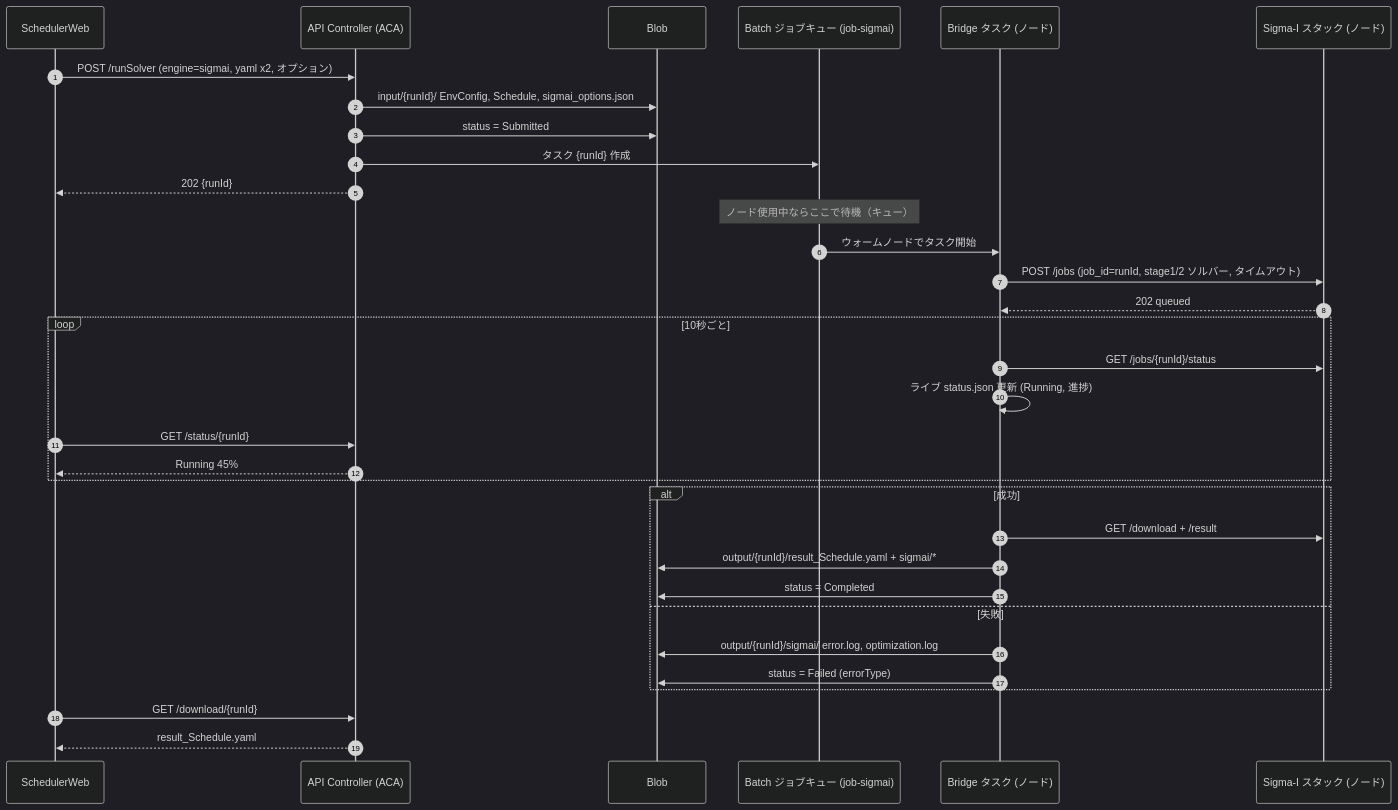
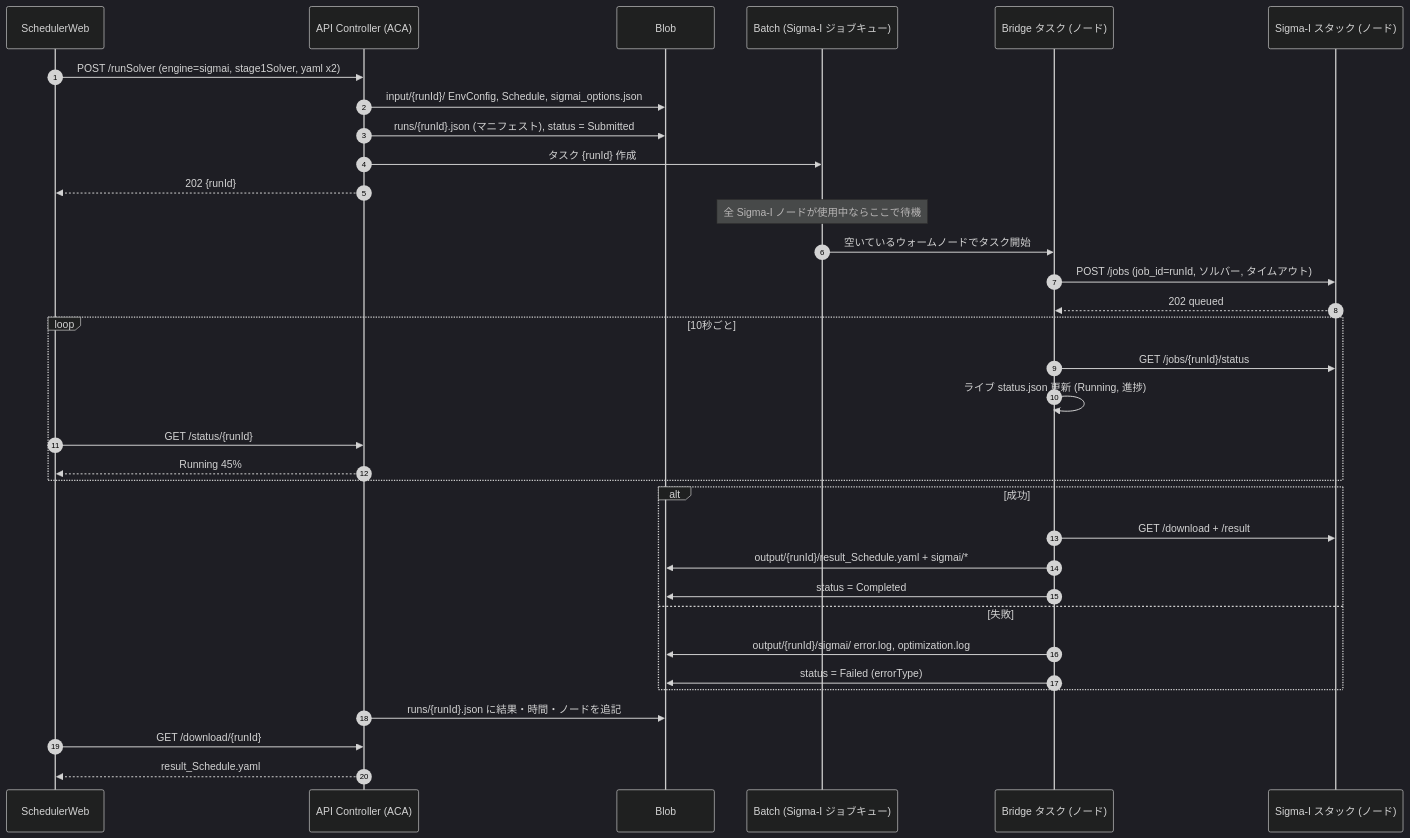
Before and after one commit to WhiTeXCharGe/TF_Testing: the sixth of 12 diagrams in SigmaI/SigmaI_Azure_ImplementationPlan20261013(JP).md, drawn with Mermaid (dark theme). The commit also changed other lines of this file and 2 other files, not shown here.

Commit message:
update implementation plan for sigmaAI

````diff
--- a/SigmaI/SigmaI_Azure_ImplementationPlan20261013(JP).md
+++ b/SigmaI/SigmaI_Azure_ImplementationPlan20261013(JP).md
@@ -101,40 +241,41 @@
 ```mermaid
 sequenceDiagram
     autonumber
     participant W as SchedulerWeb
     participant API as API Controller (ACA)
     participant BLOB as Blob
-    participant BQ as Batch ジョブキュー (job-sigmai)
+    participant BQ as Batch (Sigma-I ジョブキュー)
     participant BR as Bridge タスク (ノード)
     participant SG as Sigma-I スタック (ノード)
 
-    W->>API: POST /runSolver (engine=sigmai, yaml x2, オプション)
+    W->>API: POST /runSolver (engine=sigmai, stage1Solver, yaml x2)
     API->>BLOB: input/{runId}/ EnvConfig, Schedule, sigmai_options.json
-    API->>BLOB: status = Submitted
+    API->>BLOB: runs/{runId}.json (マニフェスト), status = Submitted
     API->>BQ: タスク {runId} 作成
     API-->>W: 202 {runId}
 
-    Note over BQ: ノード使用中ならここで待機（キュー）
-    BQ->>BR: ウォームノードでタスク開始
-    BR->>SG: POST /jobs (job_id=runId, stage1/2 ソルバー, タイムアウト)
+    Note over BQ: 全 Sigma-I ノードが使用中ならここで待機
+    BQ->>BR: 空いているウォームノードでタスク開始
+    BR->>SG: POST /jobs (job_id=runId, ソルバー, タイムアウト)
     SG-->>BR: 202 queued
 
     loop 10秒ごと
         BR->>SG: GET /jobs/{runId}/status
         BR->>BR: ライブ status.json 更新 (Running, 進捗)
         W->>API: GET /status/{runId}
         API-->>W: Running 45%
     end
 
     alt 成功
         BR->>SG: GET /download + /result
         BR->>BLOB: output/{runId}/result_Schedule.yaml + sigmai/*
         BR->>BLOB: status = Completed
     else 失敗
         BR->>BLOB: output/{runId}/sigmai/ error.log, optimization.log
         BR->>BLOB: status = Failed (errorType)
     end
 
+    API->>BLOB: runs/{runId}.json に結果・時間・ノードを追記
     W->>API: GET /download/{runId}
     API-->>W: result_Schedule.yaml
 ```
````
